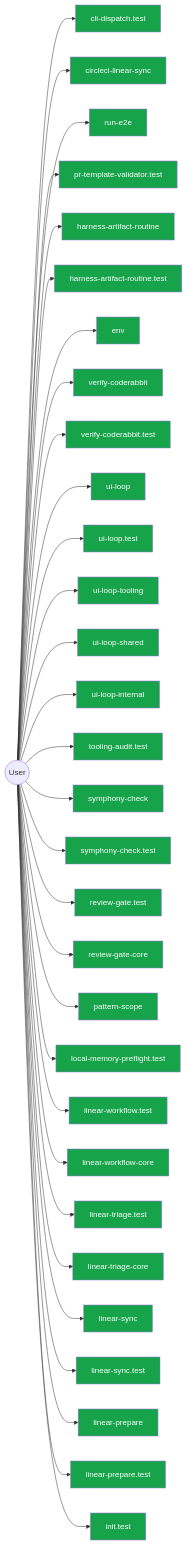
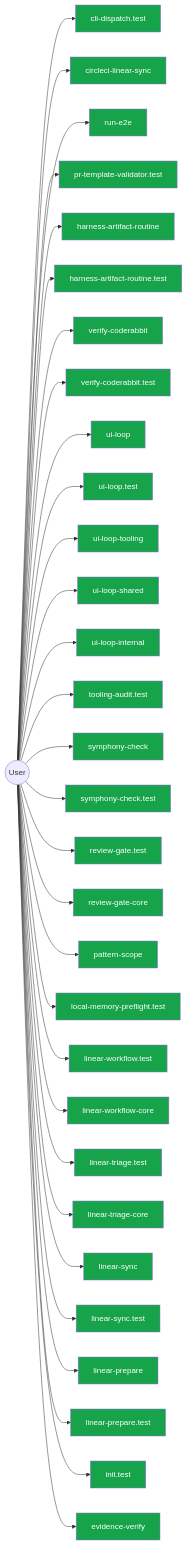
Diagram 14 of 14 in AI/context/diagram-context.md (jscraik/coding-harness), drawn with Mermaid before and after one commit. The commit also changed other lines of this file and 6 other files, not shown here.

````diff
--- a/AI/context/diagram-context.md
+++ b/AI/context/diagram-context.md
@@ -2038,67 +2069,67 @@
 ```mermaid
 flowchart LR
   User(("User"))
   cli_dispatch_test_54c9f17b["cli-dispatch.test"]
   User --> cli_dispatch_test_54c9f17b
   circleci_linear_sync_19c0d6da["circleci-linear-sync"]
   User --> circleci_linear_sync_19c0d6da
   run_e2e_39efe696["run-e2e"]
   User --> run_e2e_39efe696
   pr_template_validator_test_569b1cef["pr-template-validator.test"]
   User --> pr_template_validator_test_569b1cef
   harness_artifact_routine_17afacff["harness-artifact-routine"]
   User --> harness_artifact_routine_17afacff
   harness_artifact_routine_test_299f387d["harness-artifact-routine.test"]
   User --> harness_artifact_routine_test_299f387d
-  env_b77349bf["env"]
-  User --> env_b77349bf
   verify_coderabbit_490b4e71["verify-coderabbit"]
   User --> verify_coderabbit_490b4e71
   verify_coderabbit_test_46cfcf29["verify-coderabbit.test"]
   User --> verify_coderabbit_test_46cfcf29
   ui_loop_11660889["ui-loop"]
   User --> ui_loop_11660889
   ui_loop_test_f0eabc42["ui-loop.test"]
   User --> ui_loop_test_f0eabc42
   ui_loop_tooling_12b2d2c7["ui-loop-tooling"]
   User --> ui_loop_tooling_12b2d2c7
   ui_loop_shared_8c83b841["ui-loop-shared"]
   User --> ui_loop_shared_8c83b841
   ui_loop_internal_f2eb8892["ui-loop-internal"]
   User --> ui_loop_internal_f2eb8892
   tooling_audit_test_d2aee28c["tooling-audit.test"]
   User --> tooling_audit_test_d2aee28c
   symphony_check_e97f2ea0["symphony-check"]
   User --> symphony_check_e97f2ea0
   symphony_check_test_6cb33eb2["symphony-check.test"]
   User --> symphony_check_test_6cb33eb2
   review_gate_test_000e2ed6["review-gate.test"]
   User --> review_gate_test_000e2ed6
   review_gate_core_4c8001f9["review-gate-core"]
   User --> review_gate_core_4c8001f9
   pattern_scope_61ff946d["pattern-scope"]
   User --> pattern_scope_61ff946d
   local_memory_preflight_test_5e323bbf["local-memory-preflight.test"]
   User --> local_memory_preflight_test_5e323bbf
   linear_workflow_test_a351dcb0["linear-workflow.test"]
   User --> linear_workflow_test_a351dcb0
   linear_workflow_core_0e19cff4["linear-workflow-core"]
   User --> linear_workflow_core_0e19cff4
   linear_triage_test_1b75a8b8["linear-triage.test"]
   User --> linear_triage_test_1b75a8b8
   linear_triage_core_7cbca73e["linear-triage-core"]
   User --> linear_triage_core_7cbca73e
   linear_sync_a2fa2bf7["linear-sync"]
   User --> linear_sync_a2fa2bf7
   linear_sync_test_da1e1eab["linear-sync.test"]
   User --> linear_sync_test_da1e1eab
   linear_prepare_0c613ba6["linear-prepare"]
   User --> linear_prepare_0c613ba6
   linear_prepare_test_678f11a9["linear-prepare.test"]
   User --> linear_prepare_test_678f11a9
   init_test_cbba76a6["init.test"]
   User --> init_test_cbba76a6
+  evidence_verify_3b73c290["evidence-verify"]
+  User --> evidence_verify_3b73c290
   classDef userNode fill:#16a34a,color:#fff
-  class cli_dispatch_test_54c9f17b,circleci_linear_sync_19c0d6da,run_e2e_39efe696,pr_template_validator_test_569b1cef,harness_artifact_routine_17afacff,harness_artifact_routine_test_299f387d,env_b77349bf,verify_coderabbit_490b4e71,verify_coderabbit_test_46cfcf29,ui_loop_11660889,ui_loop_test_f0eabc42,ui_loop_tooling_12b2d2c7,ui_loop_shared_8c83b841,ui_loop_internal_f2eb8892,tooling_audit_test_d2aee28c,symphony_check_e97f2ea0,symphony_check_test_6cb33eb2,review_gate_test_000e2ed6,review_gate_core_4c8001f9,pattern_scope_61ff946d,local_memory_preflight_test_5e323bbf,linear_workflow_test_a351dcb0,linear_workflow_core_0e19cff4,linear_triage_test_1b75a8b8,linear_triage_core_7cbca73e,linear_sync_a2fa2bf7,linear_sync_test_da1e1eab,linear_prepare_0c613ba6,linear_prepare_test_678f11a9,init_test_cbba76a6 userNode
+  class cli_dispatch_test_54c9f17b,circleci_linear_sync_19c0d6da,run_e2e_39efe696,pr_template_validator_test_569b1cef,harness_artifact_routine_17afacff,harness_artifact_routine_test_299f387d,verify_coderabbit_490b4e71,verify_coderabbit_test_46cfcf29,ui_loop_11660889,ui_loop_test_f0eabc42,ui_loop_tooling_12b2d2c7,ui_loop_shared_8c83b841,ui_loop_internal_f2eb8892,tooling_audit_test_d2aee28c,symphony_check_e97f2ea0,symphony_check_test_6cb33eb2,review_gate_test_000e2ed6,review_gate_core_4c8001f9,pattern_scope_61ff946d,local_memory_preflight_test_5e323bbf,linear_workflow_test_a351dcb0,linear_workflow_core_0e19cff4,linear_triage_test_1b75a8b8,linear_triage_core_7cbca73e,linear_sync_a2fa2bf7,linear_sync_test_da1e1eab,linear_prepare_0c613ba6,linear_prepare_test_678f11a9,init_test_cbba76a6,evidence_verify_3b73c290 userNode
 
 ```
````
